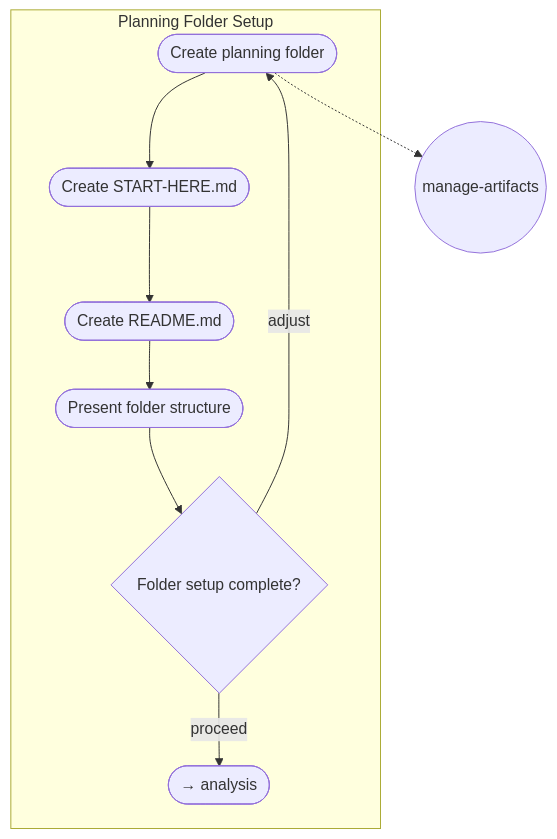
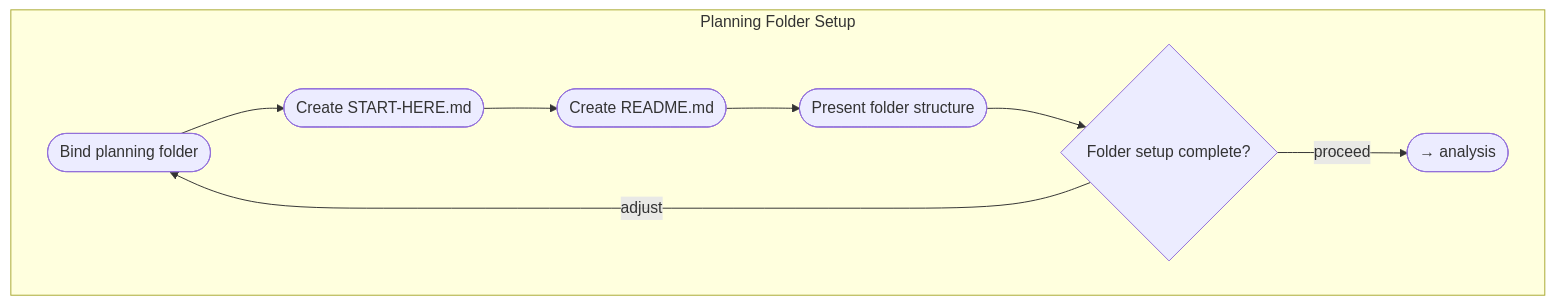
The third of 8 diagrams in work-packages/README.md (m2ux/workflow-server), drawn with Mermaid before and after one commit. The commit also changed other lines of this file and 182 other files, not shown here.

````diff
--- a/work-packages/README.md
+++ b/work-packages/README.md
@@ -86,17 +85,14 @@
 ```mermaid
 graph TD
     subgraph folder-setup[Planning Folder Setup]
-        f1([Create planning folder])
+        f1([Bind planning folder])
         f2([Create START-HERE.md])
         f3([Create README.md])
         f4([Present folder structure])
         cp1{Folder setup complete?}
         
         f1 --> f2 --> f3 --> f4 --> cp1
         cp1 -->|proceed| Next([→ analysis])
         cp1 -->|adjust| f1
     end
-    
-    technique((manage-artifacts))
-    f1 -.-> technique
 ```
````
